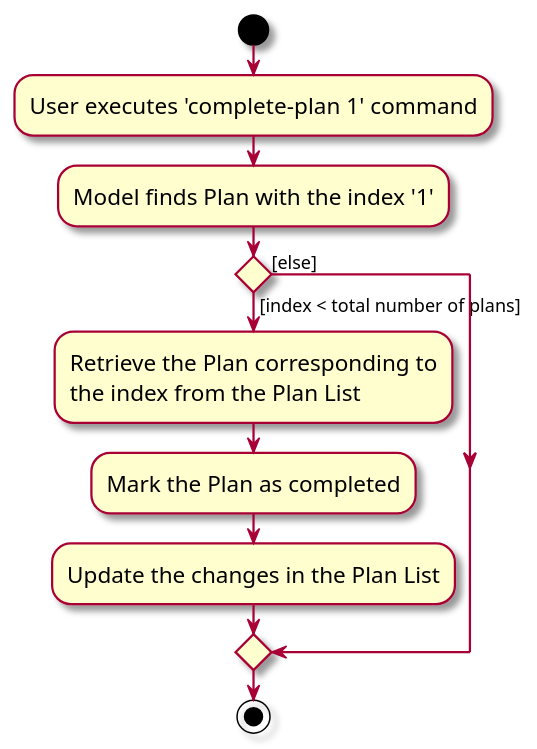
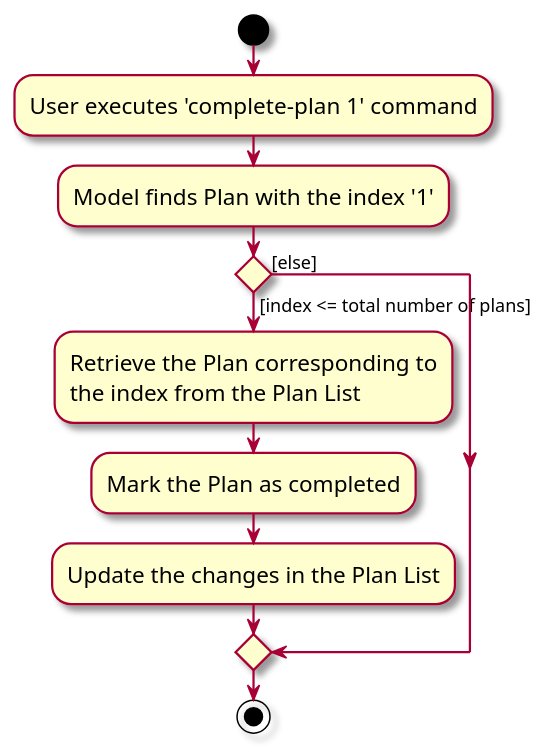
Before and after one commit to victorlaiyeeteng/tp: the diagram in docs/diagrams/CompletePlanCommandActivityDiagram.puml, drawn with PlantUML. The commit also changed 3 other files, not shown here.

```diff
--- a/docs/diagrams/CompletePlanCommandActivityDiagram.puml
+++ b/docs/diagrams/CompletePlanCommandActivityDiagram.puml
@@ -1,20 +1,20 @@
 @startuml
 skin rose
 skinparam ActivityFontSize 15
 skinparam ArrowFontSize 12
 start
 :User executes 'complete-plan 1' command;
 :Model finds Plan with the index '1';
 
 'Since the beta syntax does not support placing the condition outside the
 'diamond we place it as the true branch instead.
 
-if () then ([index < total number of plans])
+if () then ([index <= total number of plans])
     :Retrieve the Plan corresponding to
     the index from the Plan List;
     :Mark the Plan as completed;
     :Update the changes in the Plan List;
 else ([else])
 endif
 stop
 @enduml
```
